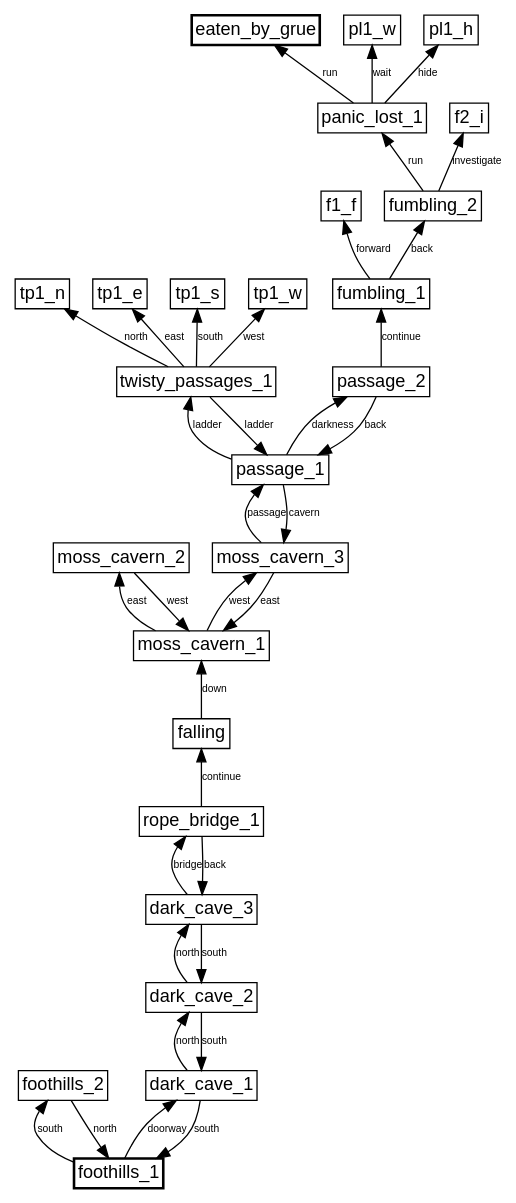
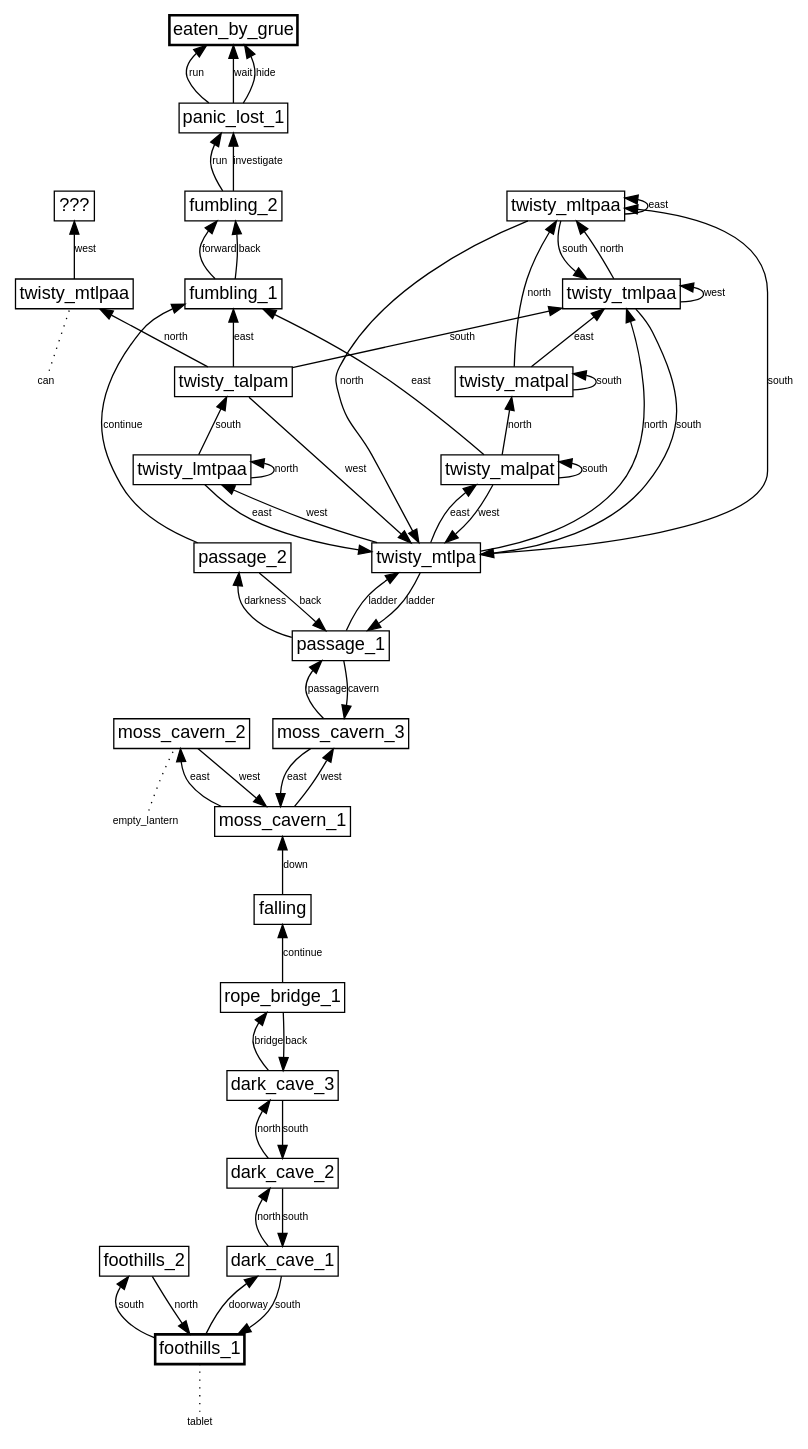
The diagram in dungeon.dot (j0057/synacor), drawn with Graphviz before and after one commit. The commit also changed 9 other files, not shown here.

```diff
--- a/dungeon.dot
+++ b/dungeon.dot
@@ -1,59 +1,99 @@
 digraph G {
     rankdir=BT;
 
     node [fontname=arial shape=box margin="0.05,0.05" width=0 height=0];
     edge [fontname=arial fontsize=8];
 
+    /* start/end states */
     foothills_1 [style=bold];
     eaten_by_grue [style=bold];
 
+    /* items */
+    tablet [fontsize=8 shape=none];
+    empty_lantern [fontsize=8 shape=none];
+    can [fontsize=8 shape=none];
+
+    /* item edges */
+    tablet -> foothills_1 [style=dotted arrowhead=none];
+    empty_lantern -> moss_cavern_2 [style=dotted arrowhead=none];
+    can -> twisty_mtlpaa [style=dotted arrowhead=none];
+
+    /* room transitions */
     foothills_1 -> foothills_2 [label=south];
     foothills_1 -> dark_cave_1 [label=doorway];
 
     foothills_2 -> foothills_1 [label=north];
 
     dark_cave_1 -> foothills_1 [label=south];
     dark_cave_1 -> dark_cave_2 [label=north];
 
     dark_cave_2 -> dark_cave_1 [label=south];
     dark_cave_2 -> dark_cave_3 [label=north];
 
     dark_cave_3 -> rope_bridge_1 [label=bridge];
     dark_cave_3 -> dark_cave_2 [label=south];
 
     rope_bridge_1 -> dark_cave_3 [label=back];
     rope_bridge_1 -> falling [label=continue];
 
     falling -> moss_cavern_1 [label=down];
 
     moss_cavern_1 -> moss_cavern_2 [label=east];
     moss_cavern_1 -> moss_cavern_3 [label=west];
 
     moss_cavern_2 -> moss_cavern_1 [label=west];
 
     moss_cavern_3 -> moss_cavern_1 [label=east];
     moss_cavern_3 -> passage_1 [label=passage];
 
     passage_1 -> moss_cavern_3 [label=cavern];
-    passage_1 -> twisty_passages_1 [label=ladder];
+    passage_1 -> twisty_mtlpa [label=ladder];
     passage_1 -> passage_2 [label=darkness];
 
     passage_2 -> passage_1 [label=back];
     passage_2 -> fumbling_1 [label=continue];
 
-    fumbling_1 -> f1_f [label=forward];
+    fumbling_1 -> fumbling_2 [label=forward];
     fumbling_1 -> fumbling_2 [label=back];
 
     fumbling_2 -> panic_lost_1 [label=run];
-    fumbling_2 -> f2_i [label=investigate];
+    fumbling_2 -> panic_lost_1 [label=investigate];
 
     panic_lost_1 -> eaten_by_grue [label=run];
-    panic_lost_1 -> pl1_w [label=wait];
-    panic_lost_1 -> pl1_h [label=hide];
+    panic_lost_1 -> eaten_by_grue [label=wait];
+    panic_lost_1 -> eaten_by_grue [label=hide];
 
-    twisty_passages_1 -> passage_1 [label=ladder];
-    twisty_passages_1 -> tp1_n [label=north];
-    twisty_passages_1 -> tp1_e [label=east];
-    twisty_passages_1 -> tp1_s [label=south];
-    twisty_passages_1 -> tp1_w [label=west];
+    twisty_mtlpa -> passage_1 [label=ladder];
+    twisty_mtlpa -> twisty_tmlpaa [label=north];
+    twisty_mtlpa -> twisty_malpat [label=east];
+    twisty_mtlpa -> twisty_mltpaa [label=south];
+    twisty_mtlpa -> twisty_lmtpaa [label=west];
+
+    twisty_tmlpaa -> twisty_mltpaa [label=north];
+    twisty_tmlpaa -> twisty_mtlpa [label=south];
+    twisty_tmlpaa -> twisty_tmlpaa [label=west];
+
+    twisty_malpat -> twisty_matpal [label=north];
+    twisty_malpat -> twisty_malpat [label=south];
+    twisty_malpat -> twisty_mtlpa [label=west];
+    twisty_malpat -> fumbling_1 [label=east];
+
+    twisty_mltpaa -> twisty_mtlpa [label=north];
+    twisty_mltpaa -> twisty_tmlpaa [label=south];
+    twisty_mltpaa -> twisty_mltpaa [label=east];
+
+    twisty_lmtpaa -> twisty_lmtpaa [label=north];
+    twisty_lmtpaa -> twisty_talpam [label=south];
+    twisty_lmtpaa -> twisty_mtlpa [label=east];
+
+    twisty_matpal -> twisty_mltpaa [label=north];
+    twisty_matpal -> twisty_tmlpaa [label=east];
+    twisty_matpal -> twisty_matpal [label=south];
+
+    twisty_talpam -> twisty_mtlpaa [label=north];
+    twisty_talpam -> twisty_tmlpaa [label=south];
+    twisty_talpam -> twisty_mtlpa [label=west];
+    twisty_talpam -> fumbling_1 [label=east];
+
+    twisty_mtlpaa -> "???" [label=west];
 }
```
